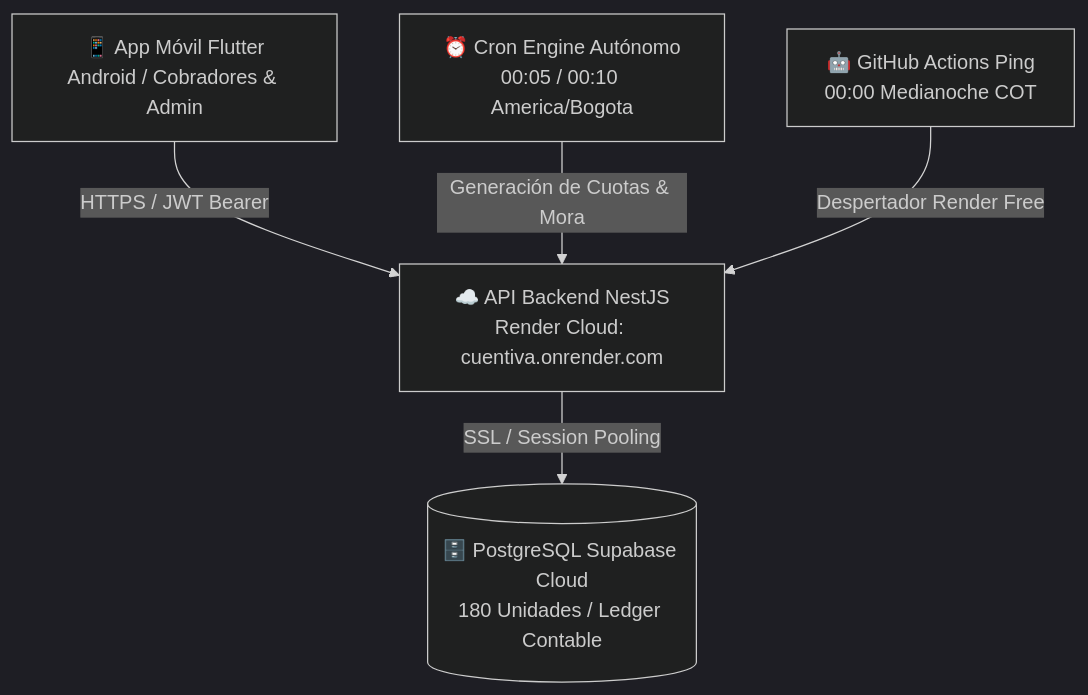
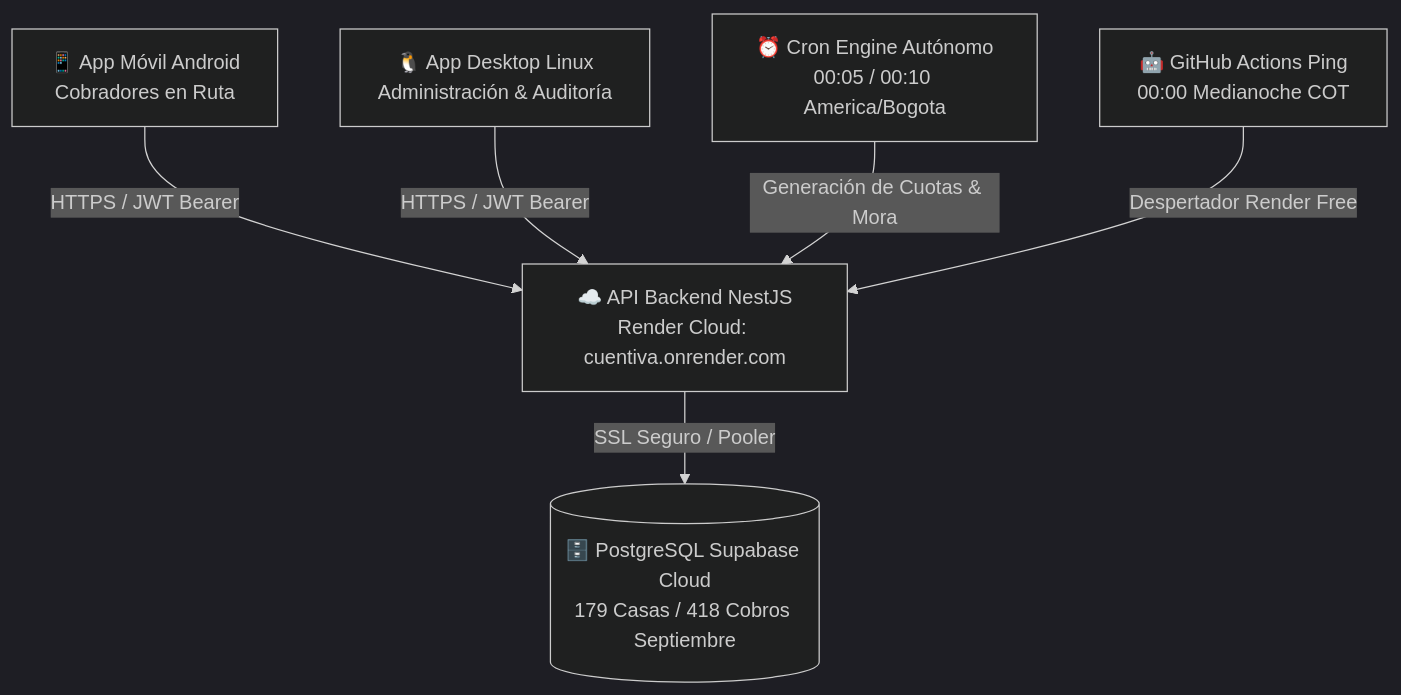
One commit to Cuentiva/Cuentiva-platform changed the diagram in README.md. Above: the diagram before and after it, drawn with Mermaid (dark theme). The commit also changed other lines of this file, not shown here.

Commit message:
docs: agregar seccion multiplataforma para Linux y Windows con guias de instalacion y ejecucion

````diff
--- a/README.md
+++ b/README.md
@@ -49,7 +119,8 @@
 ```mermaid
 graph TD
-    A[📱 App Móvil Flutter<br>Android / Cobradores & Admin] -->|HTTPS / JWT Bearer| B[☁️ API Backend NestJS<br>Render Cloud: cuentiva.onrender.com]
-    B -->|SSL / Session Pooling| C[(🗄️ PostgreSQL Supabase Cloud<br>180 Unidades / Ledger Contable)]
+    A[📱 App Móvil Android<br>Cobradores en Ruta] -->|HTTPS / JWT Bearer| B[☁️ API Backend NestJS<br>Render Cloud: cuentiva.onrender.com]
+    L[🐧 App Desktop Linux<br>Administración & Auditoría] -->|HTTPS / JWT Bearer| B
+    B -->|SSL Seguro / Pooler| C[(🗄️ PostgreSQL Supabase Cloud<br>179 Casas / 418 Cobros Septiembre)]
     D[⏰ Cron Engine Autónomo<br>00:05 / 00:10 America/Bogota] -->|Generación de Cuotas & Mora| B
     E[🤖 GitHub Actions Ping<br>00:00 Medianoche COT] -->|Despertador Render Free| B
 ```
````
